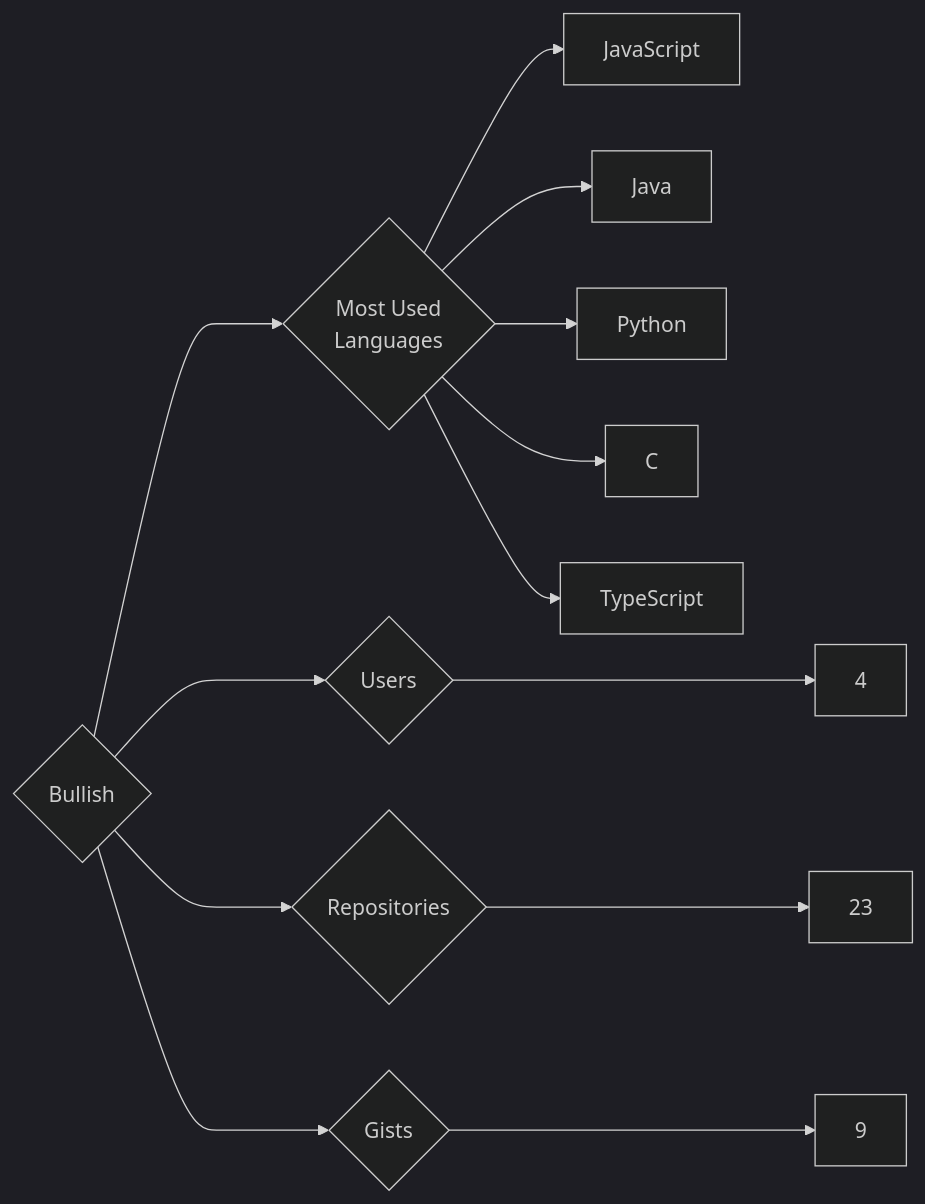
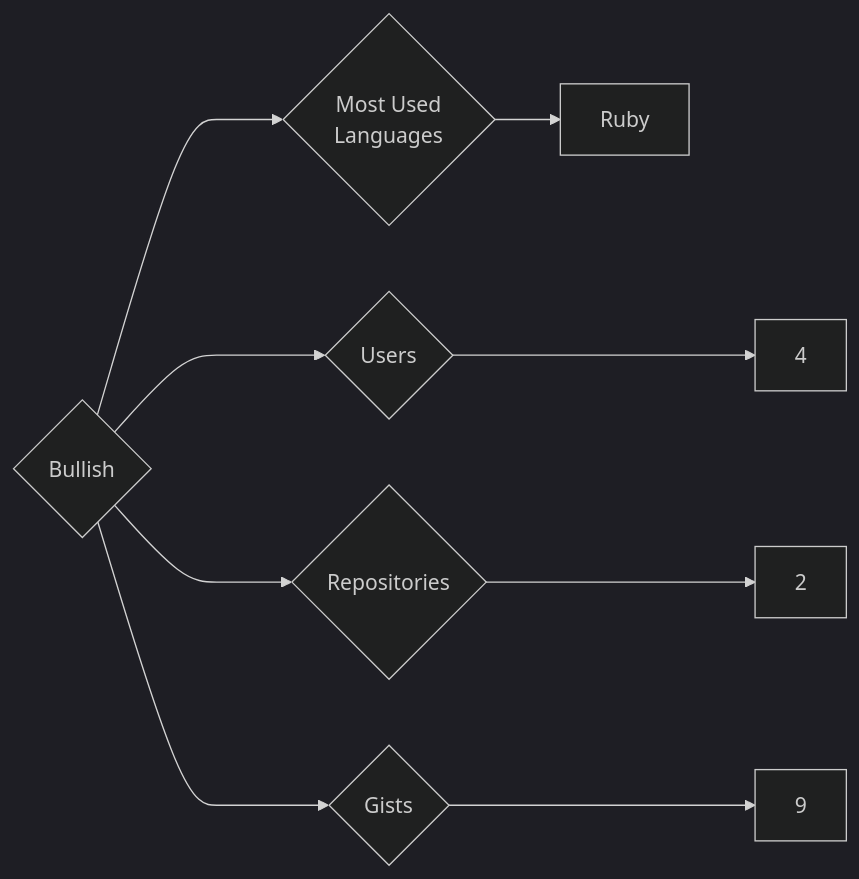
One commit to trickest/insiders changed the diagram in targets/Bullish/README.md. Above: the diagram before and after it, drawn with Mermaid (dark theme). The commit also changed 1175 other files, not shown here.

````diff
--- a/targets/Bullish/README.md
+++ b/targets/Bullish/README.md
@@ -3,13 +3,9 @@
 ```mermaid
 graph LR
 COMPANY_NAME{Bullish}
 COMPANY_NAME ---> U{Users} ---> UN[4]
-COMPANY_NAME ---> R{Repositories} ---> RN[23]
+COMPANY_NAME ---> R{Repositories} ---> RN[2]
 COMPANY_NAME ---> G{Gists} ---> GN[9]
 COMPANY_NAME ---> ML{Most Used<br>Languages}
-ML --> JavaScript[JavaScript]
-ML --> Java[Java]
-ML --> Python[Python]
-ML --> C[C]
-ML --> TypeScript[TypeScript]
+ML --> Ruby[Ruby]
 ```
````
